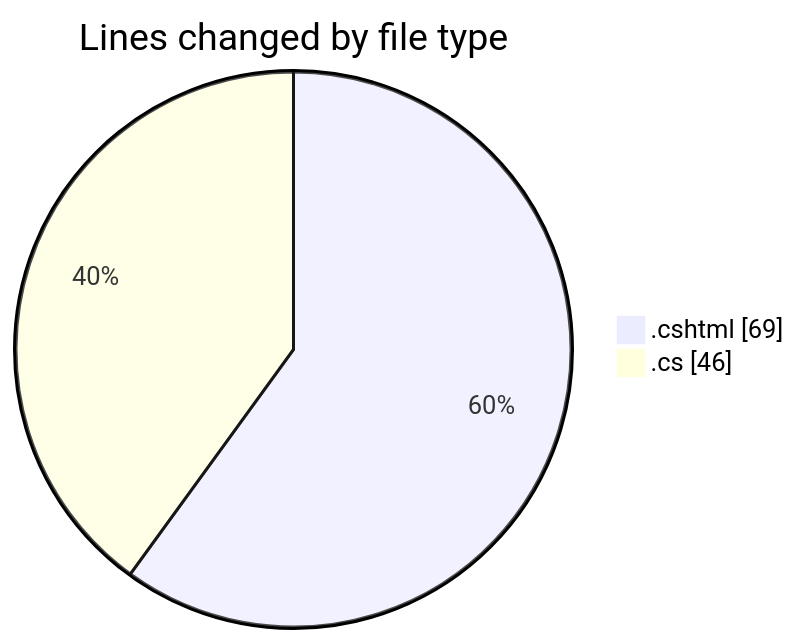
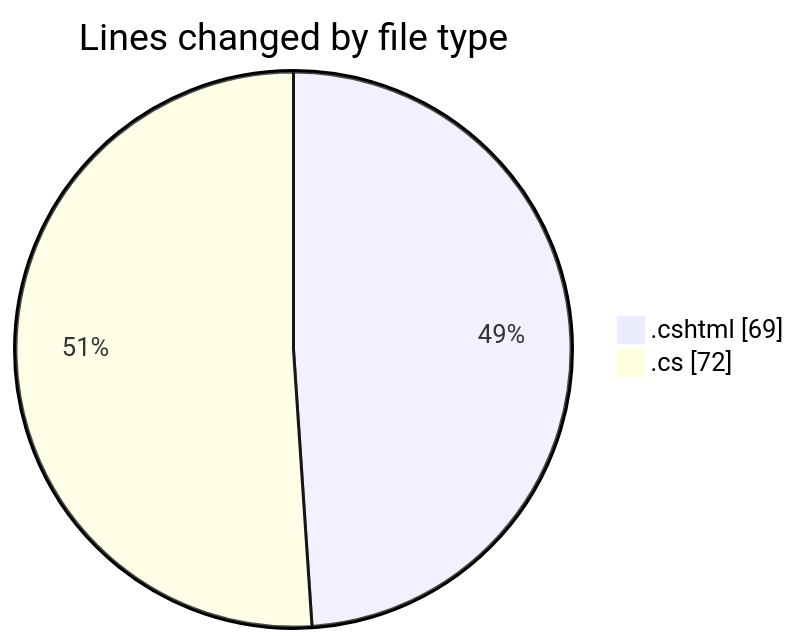
The first of 2 diagrams in 2025-07-18/nhahang/README.md (lephambinh05/code-tracking), drawn with Mermaid before and after one commit. The commit also changed other lines of this file and 1 other file, not shown here.

````diff
--- a/2025-07-18/nhahang/README.md
+++ b/2025-07-18/nhahang/README.md
@@ -25,6 +25,6 @@
 ```mermaid
 pie showData
 title Lines changed by file type
 ".cshtml" : 69
-".cs" : 46
+".cs" : 72
 ```
````
